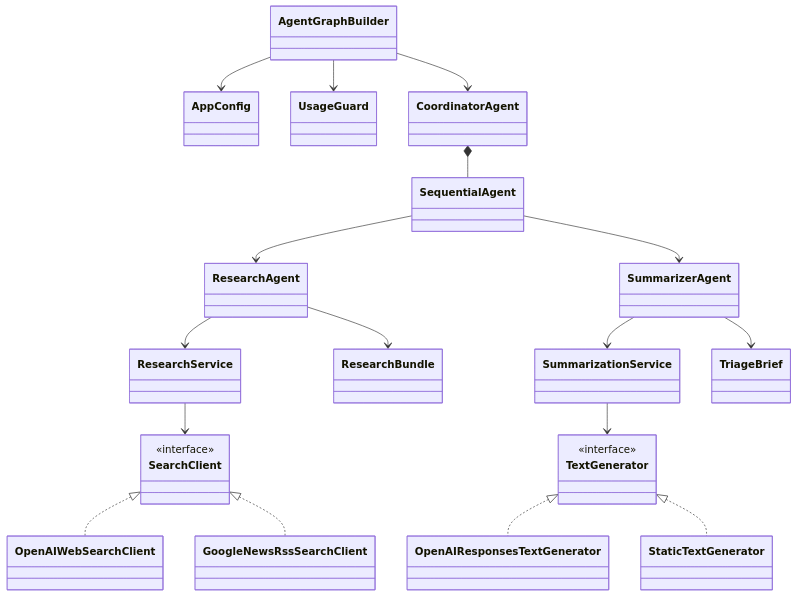
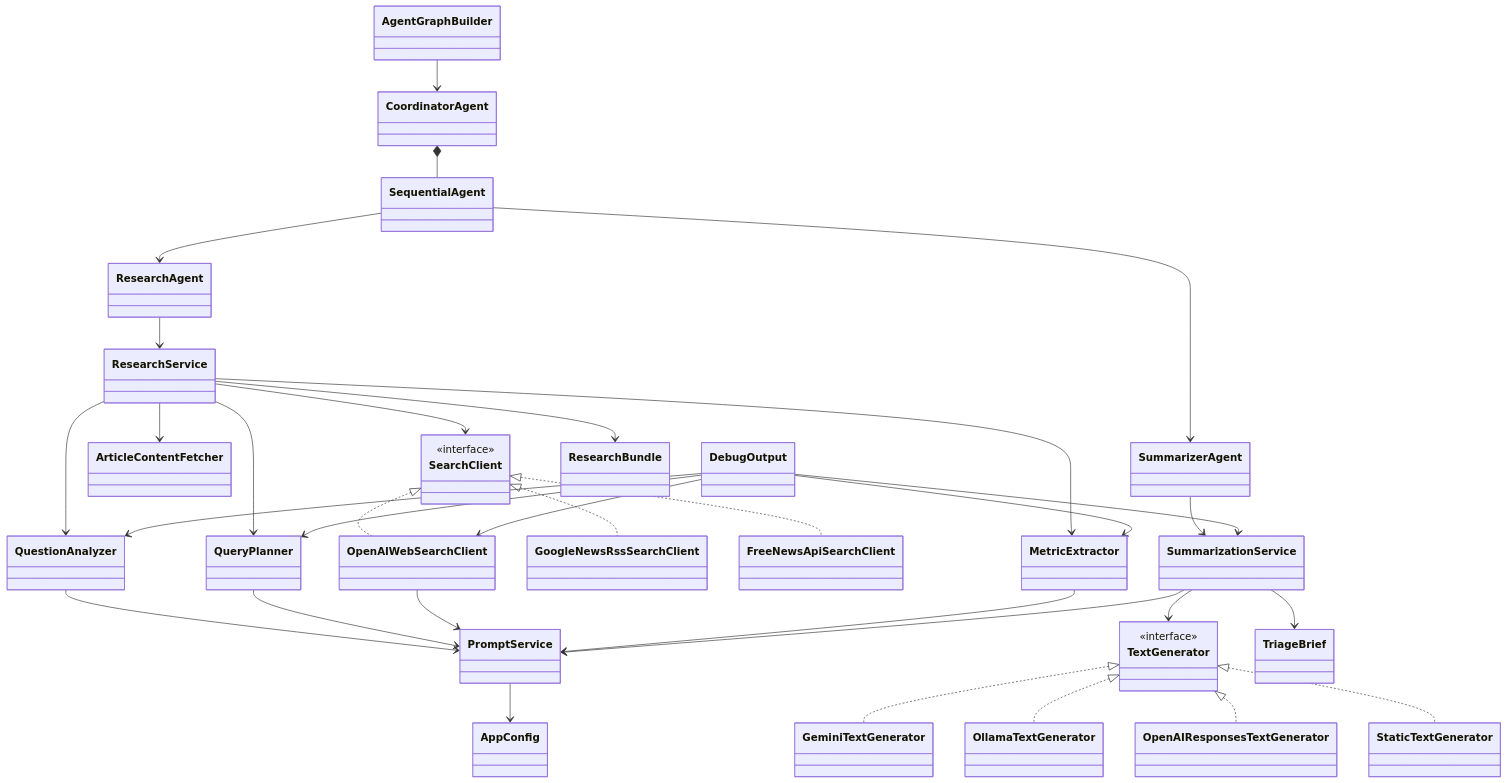
The third of 5 diagrams in docs/ARCHITECTURE.md (mouak-ayoub/news_agent), drawn with Mermaid before and after one commit. The commit also changed other lines of this file and 6 other files, not shown here.

````diff
--- a/docs/ARCHITECTURE.md
+++ b/docs/ARCHITECTURE.md
@@ -60,43 +80,68 @@
 ```mermaid
 classDiagram
     class AppConfig
     class AgentGraphBuilder
     class CoordinatorAgent
     class SequentialAgent
     class ResearchAgent
     class ResearchService
+    class QuestionAnalyzer
+    class QueryPlanner
     class SearchClient {
       <<interface>>
     }
     class OpenAIWebSearchClient
     class GoogleNewsRssSearchClient
+    class FreeNewsApiSearchClient
+    class ArticleContentFetcher
+    class MetricExtractor
     class SummarizerAgent
     class SummarizationService
     class TextGenerator {
       <<interface>>
     }
+    class GeminiTextGenerator
+    class OllamaTextGenerator
     class OpenAIResponsesTextGenerator
     class StaticTextGenerator
-    class UsageGuard
+    class PromptService
+    class DebugOutput
     class ResearchBundle
     class TriageBrief
 
-    AgentGraphBuilder --> AppConfig
-    AgentGraphBuilder --> UsageGuard
     AgentGraphBuilder --> CoordinatorAgent
     CoordinatorAgent *-- SequentialAgent
     SequentialAgent --> ResearchAgent
     SequentialAgent --> SummarizerAgent
 
     ResearchAgent --> ResearchService
+    ResearchService --> QuestionAnalyzer
+    ResearchService --> QueryPlanner
     ResearchService --> SearchClient
+    ResearchService --> ArticleContentFetcher
+    ResearchService --> MetricExtractor
     SearchClient <|.. OpenAIWebSearchClient
     SearchClient <|.. GoogleNewsRssSearchClient
-    ResearchAgent --> ResearchBundle
+    SearchClient <|.. FreeNewsApiSearchClient
+    ResearchService --> ResearchBundle
 
     SummarizerAgent --> SummarizationService
     SummarizationService --> TextGenerator
+    TextGenerator <|.. GeminiTextGenerator
+    TextGenerator <|.. OllamaTextGenerator
     TextGenerator <|.. OpenAIResponsesTextGenerator
     TextGenerator <|.. StaticTextGenerator
-    SummarizerAgent --> TriageBrief
+    SummarizationService --> TriageBrief
+
+    QuestionAnalyzer --> PromptService
+    QueryPlanner --> PromptService
+    OpenAIWebSearchClient --> PromptService
+    MetricExtractor --> PromptService
+    SummarizationService --> PromptService
+    PromptService --> AppConfig
+    DebugOutput --> QuestionAnalyzer
+    DebugOutput --> QueryPlanner
+    DebugOutput --> OpenAIWebSearchClient
+    DebugOutput --> MetricExtractor
+    DebugOutput --> SummarizationService
 ```
````
